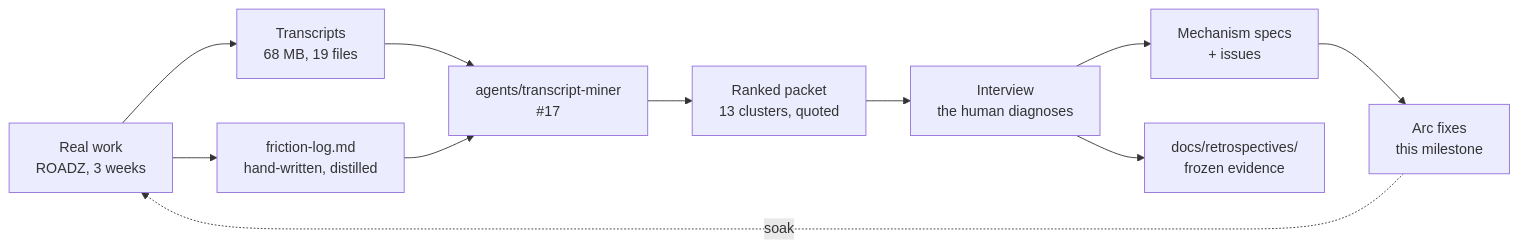
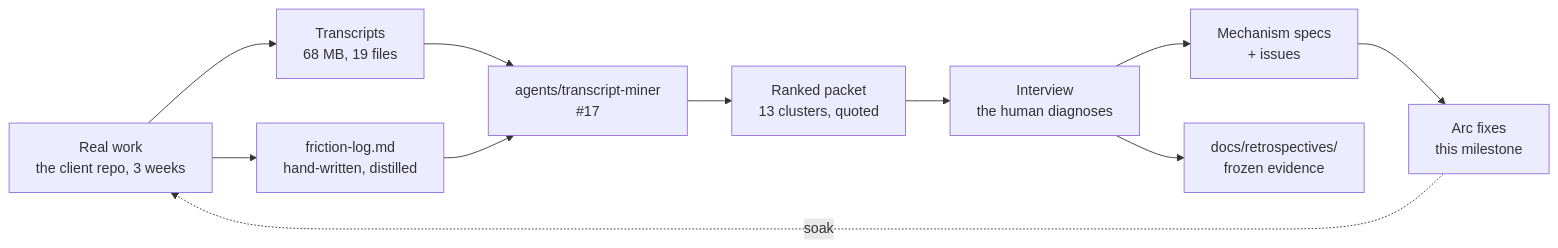
One commit to Calyx-Engineering/arc changed the first of 8 diagrams in docs/arc-log/arc-04-dogfood.md. Above: the diagram before and after it, drawn with Mermaid. The commit also changed other lines of this file and 206 other files, not shown here.

````diff
--- a/docs/arc-log/arc-04-dogfood.md
+++ b/docs/arc-log/arc-04-dogfood.md
@@ -28,13 +28,13 @@
 ```mermaid
 flowchart LR
-    W["Real work<br/>ROADZ, 3 weeks"] --> T["Transcripts<br/>68 MB, 19 files"]
+    W["Real work<br/>the client repo, 3 weeks"] --> T["Transcripts<br/>68 MB, 19 files"]
     W --> F["friction-log.md<br/>hand-written, distilled"]
     T --> M["agents/transcript-miner<br/>#17"]
     F --> M
     M --> P["Ranked packet<br/>13 clusters, quoted"]
     P --> I["Interview<br/>the human diagnoses"]
     I --> S["Mechanism specs<br/>+ issues"]
     S --> A["Arc fixes<br/>this milestone"]
     A -.soak.-> W
     I --> L["docs/retrospectives/<br/>frozen evidence"]
 ```
````
